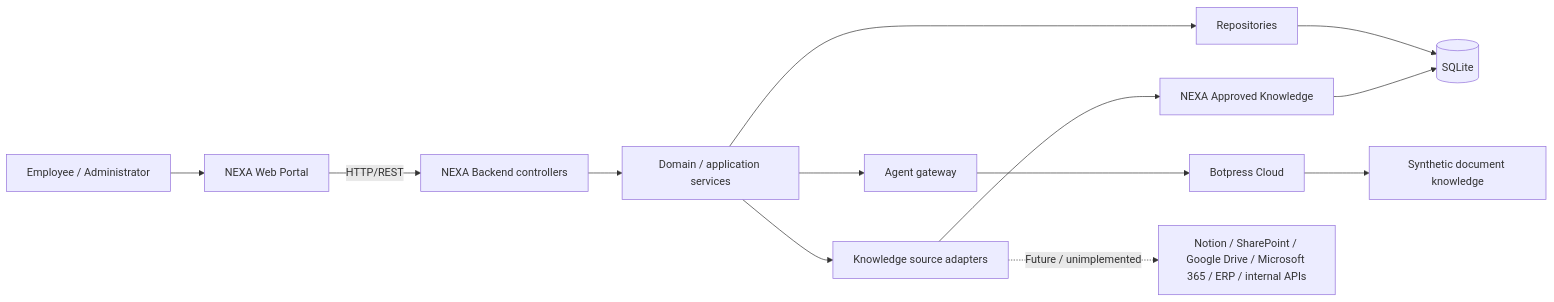
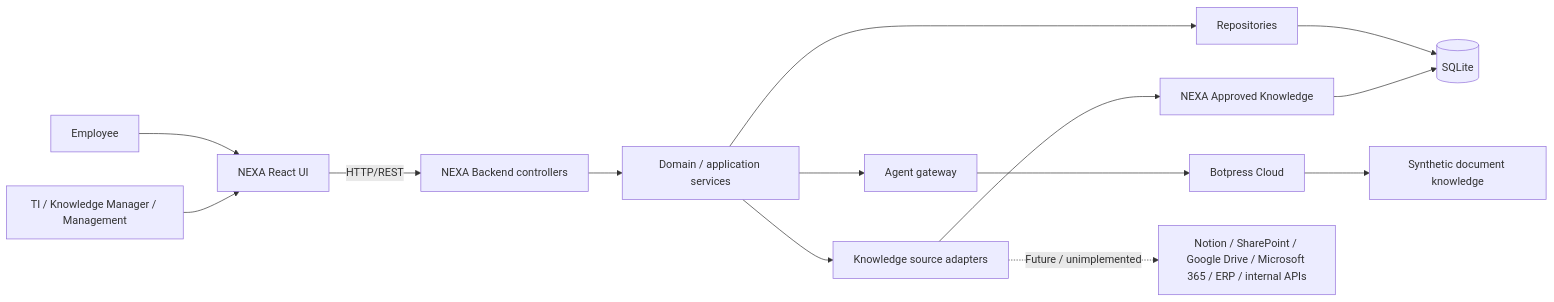
The diagram in docs/ARCHITECTURE.md (TonyBSosa/Nexa), drawn with Mermaid before and after one commit. The commit also changed other lines of this file and 18 other files, not shown here.

Commit message:
feat: integrate Botpress agent provider

````diff
--- a/docs/ARCHITECTURE.md
+++ b/docs/ARCHITECTURE.md
@@ -9,15 +9,16 @@
 ```mermaid
 flowchart LR
-  U[Employee / Administrator] --> W[NEXA Web Portal]
+  E[Employee] --> W[NEXA React UI]
+  A[TI / Knowledge Manager / Management] --> W
   W -->|HTTP/REST| B[NEXA Backend controllers]
   B --> D[Domain / application services]
   D --> R[Repositories]
   R --> DB[(SQLite)]
-  D --> A[Agent gateway]
-  A --> BP[Botpress Cloud]
+  D --> G[Agent gateway]
+  G --> BP[Botpress Cloud]
   BP --> K[Synthetic document knowledge]
   D --> S[Knowledge source adapters]
   S --> P[NEXA Approved Knowledge]
   P --> DB
   S -. Future / unimplemented .-> F[Notion / SharePoint / Google Drive / Microsoft 365 / ERP / internal APIs]
 ```
````
